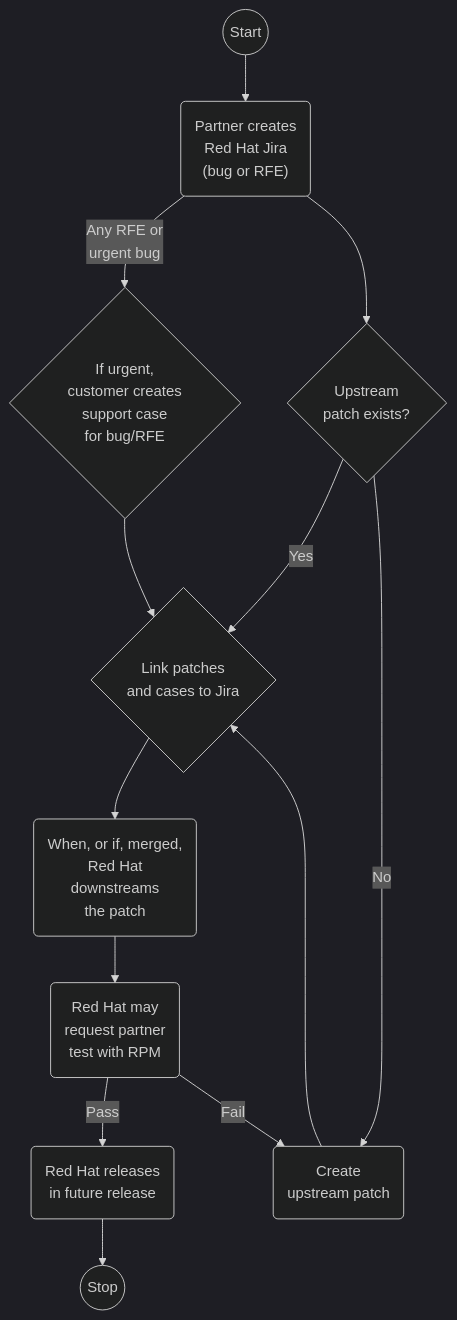
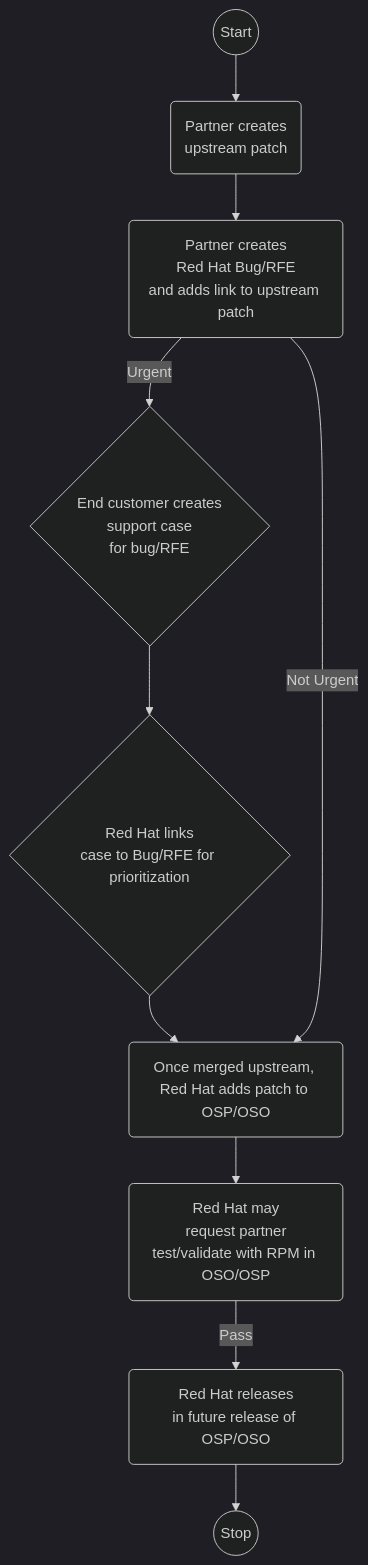
One commit to seanmerrow/homelab changed the diagram in dns/openstack-workflow.md. Above: the diagram before and after it, drawn with Mermaid (dark theme).

Commit message:
Revise OpenStack bug/RFE workflow diagram

````diff
--- a/dns/openstack-workflow.md
+++ b/dns/openstack-workflow.md
@@ -3,15 +3,12 @@
 ```mermaid
 flowchart TD
-    Start@{ shape: circle, label: "Start" } --> jira("Partner creates\nRed Hat Jira\n(bug or RFE)")
-    jira -->|"Any RFE or\nurgent bug"| case{"If urgent,\ncustomer creates\nsupport case\n for bug/RFE"}
-    jira --> patch{"Upstream\npatch exists?"}
-    case --> link{"Link patches \nand cases to Jira"}
-    patch -->|Yes|link
-    patch -->|No|create-patch("Create\nupstream patch")
-    create-patch -->link
-    link --> downstream("When, or if, merged,\nRed Hat\ndownstreams\nthe patch")
-    downstream --> test("Red Hat may\nrequest partner\ntest with RPM")
-    test -->|Pass|release("Red Hat releases\nin future release")
+    Start@{ shape: circle, label: "Start" } --> create-patch("Partner creates\nupstream patch")
+    create-patch --> jira("Partner creates\nRed Hat Bug/RFE\nand adds link to upstream patch")
+    jira --> |Urgent|case{"End customer creates\nsupport case\n for bug/RFE"}
+    case --> link{"Red Hat links\ncase to Bug/RFE for prioritization"}
+    link --> downstream("Once merged upstream, \nRed Hat adds patch to OSP/OSO")
+    jira --> |Not Urgent|downstream
+    downstream --> test("Red Hat may\nrequest partner\ntest/validate with RPM in OSO/OSP")
+    test -->|Pass|release("Red Hat releases\nin future release of OSP/OSO")
     release -->Stop@{ shape: circle, label: "Stop" }
-    test -->|Fail|create-patch
 ```
````
